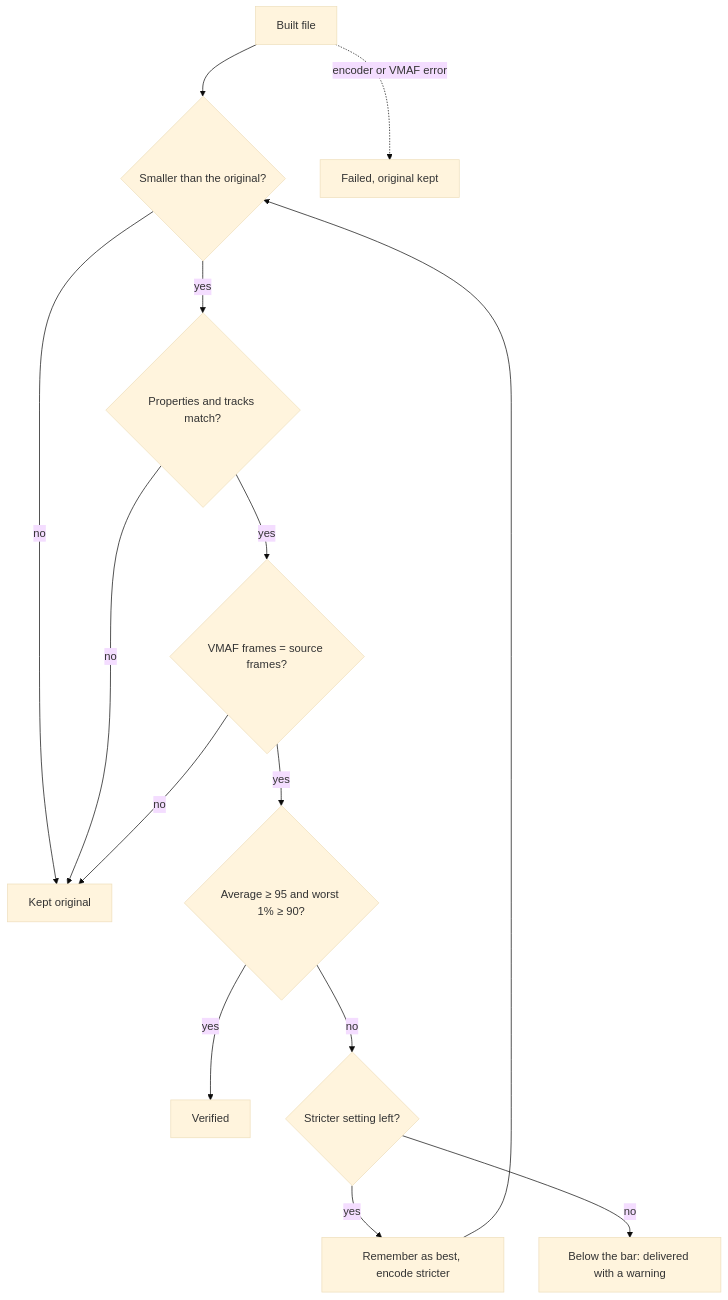
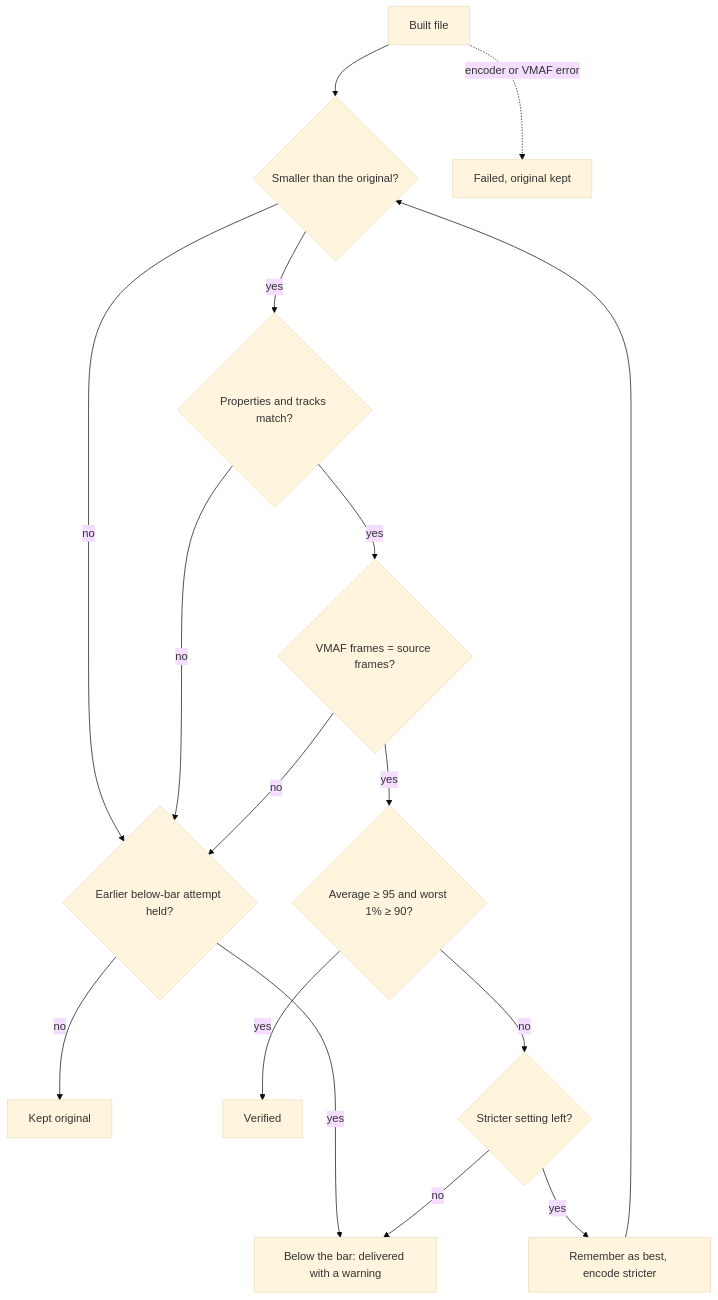
One commit to BartVG/ClipShrink changed the diagram in docs/internals/quality.md. Above: the diagram before and after it, drawn with Mermaid (base theme). The commit also changed other lines of this file and 9 other files, not shown here.

````diff
--- a/docs/internals/quality.md
+++ b/docs/internals/quality.md
@@ -25,16 +25,18 @@
 ```mermaid
 flowchart TD
     A["Built file"] --> B{"Smaller than the original?"}
-    B -- no --> K["Kept original"]
+    B -- no --> R{"Earlier below-bar attempt held?"}
+    R -- no --> K["Kept original"]
+    R -- yes --> W
     B -- yes --> C{"Properties and tracks match?"}
-    C -- no --> K
+    C -- no --> R
     C -- yes --> D{"VMAF frames = source frames?"}
-    D -- no --> K
+    D -- no --> R
     D -- yes --> E{"Average ≥ 95 and worst 1% ≥ 90?"}
     E -- yes --> V["Verified"]
     E -- no --> F{"Stricter setting left?"}
     F -- yes --> G["Remember as best, encode stricter"]
     G --> B
     F -- no --> W["Below the bar: delivered with a warning"]
     A -. "encoder or VMAF error" .-> X["Failed, original kept"]
 ```
````
